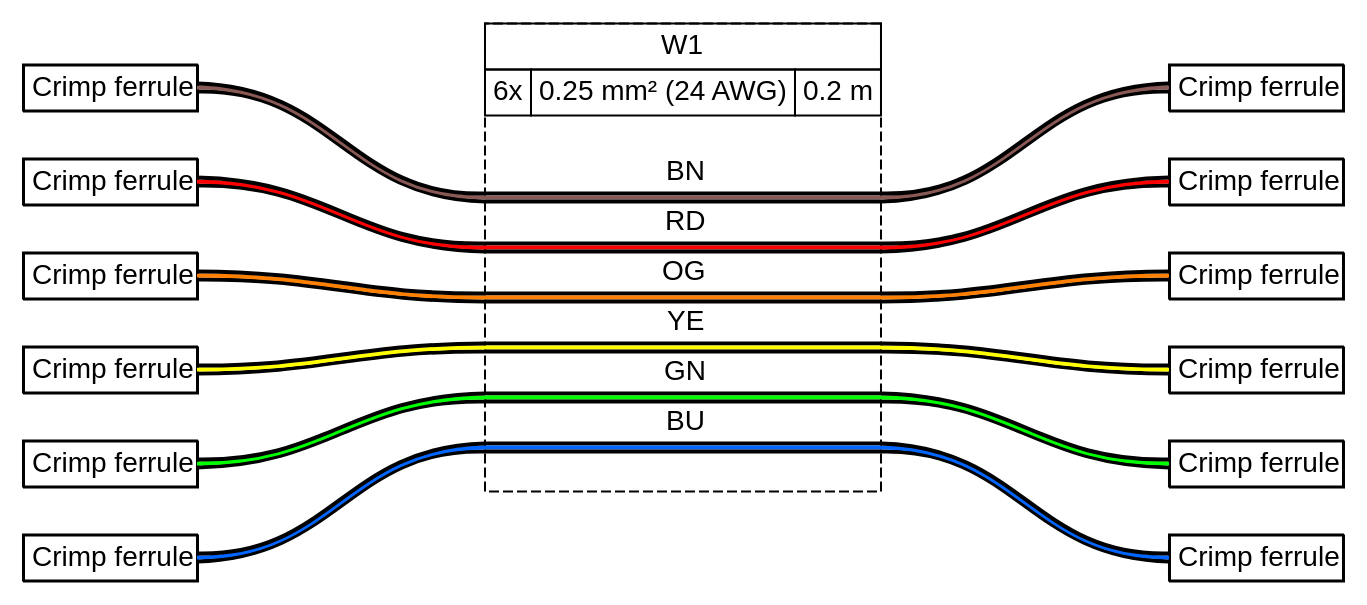
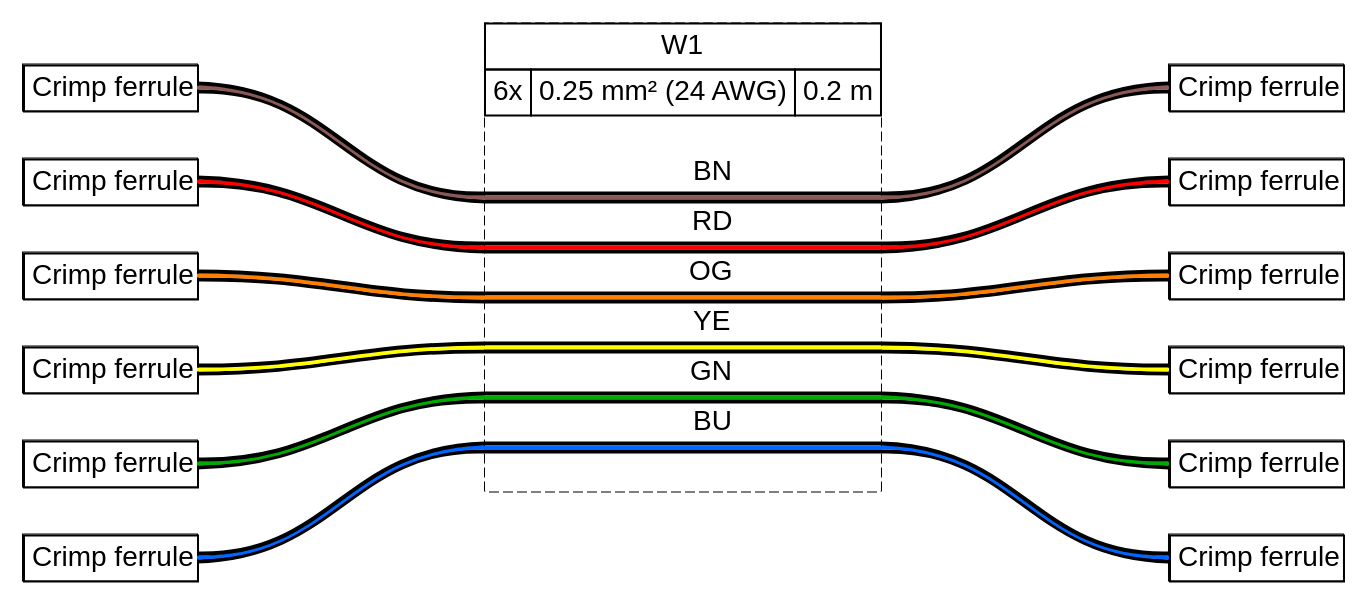
One commit to tobiasfalk/WireViz changed the diagram in examples/ex04.gv. Above: the diagram before and after it, drawn with Graphviz. The commit also changed 121 other files, not shown here.

```diff
--- a/examples/ex04.gv
+++ b/examples/ex04.gv
@@ -1,251 +1,355 @@
 graph {
-// Graph generated by WireViz 0.4-dev
-// https://github.com/formatc1702/WireViz
+// Graph generated by WireViz 0.5-dev+refactor
+// https://github.com/wireviz/WireViz
 	graph [bgcolor="#FFFFFF" fontname=arial nodesep=0.33 rankdir=LR ranksep=2]
 	node [fillcolor="#FFFFFF" fontname=arial height=0 margin=0 shape=none style=filled width=0]
 	edge [fontname=arial style=bold]
 	AUTOGENERATED_F_1 [label=<
-<table border="0" cellspacing="0" cellpadding="0">
- <tr><td>
-  <table border="0" cellspacing="0" cellpadding="3" cellborder="1"><tr>
-   <td balign="left">Crimp ferrule</td>
-  </tr></table>
- </td></tr>
+<table border="0" cellspacing="0" cellpadding="0" port="p1r" bgcolor="#FFFFFF">
+ <tr>
+  <td port="p1l">
+   <table border="0" cellborder="1" cellpadding="3" cellspacing="0">
+    <tr>
+     <td>Crimp ferrule</td>
+    </tr>
+   </table>
+  </td>
+ </tr>
 </table>
-> fillcolor="#FFFFFF" shape=box style=filled]
+> shape=box style=filled]
 	AUTOGENERATED_F_2 [label=<
-<table border="0" cellspacing="0" cellpadding="0">
- <tr><td>
-  <table border="0" cellspacing="0" cellpadding="3" cellborder="1"><tr>
-   <td balign="left">Crimp ferrule</td>
-  </tr></table>
- </td></tr>
+<table border="0" cellspacing="0" cellpadding="0" port="p1r" bgcolor="#FFFFFF">
+ <tr>
+  <td port="p1l">
+   <table border="0" cellborder="1" cellpadding="3" cellspacing="0">
+    <tr>
+     <td>Crimp ferrule</td>
+    </tr>
+   </table>
+  </td>
+ </tr>
 </table>
-> fillcolor="#FFFFFF" shape=box style=filled]
+> shape=box style=filled]
 	AUTOGENERATED_F_3 [label=<
-<table border="0" cellspacing="0" cellpadding="0">
- <tr><td>
-  <table border="0" cellspacing="0" cellpadding="3" cellborder="1"><tr>
-   <td balign="left">Crimp ferrule</td>
-  </tr></table>
- </td></tr>
+<table border="0" cellspacing="0" cellpadding="0" port="p1r" bgcolor="#FFFFFF">
+ <tr>
+  <td port="p1l">
+   <table border="0" cellborder="1" cellpadding="3" cellspacing="0">
+    <tr>
+     <td>Crimp ferrule</td>
+    </tr>
+   </table>
+  </td>
+ </tr>
 </table>
-> fillcolor="#FFFFFF" shape=box style=filled]
+> shape=box style=filled]
 	AUTOGENERATED_F_4 [label=<
-<table border="0" cellspacing="0" cellpadding="0">
- <tr><td>
-  <table border="0" cellspacing="0" cellpadding="3" cellborder="1"><tr>
-   <td balign="left">Crimp ferrule</td>
-  </tr></table>
- </td></tr>
+<table border="0" cellspacing="0" cellpadding="0" port="p1r" bgcolor="#FFFFFF">
+ <tr>
+  <td port="p1l">
+   <table border="0" cellborder="1" cellpadding="3" cellspacing="0">
+    <tr>
+     <td>Crimp ferrule</td>
+    </tr>
+   </table>
+  </td>
+ </tr>
 </table>
-> fillcolor="#FFFFFF" shape=box style=filled]
+> shape=box style=filled]
 	AUTOGENERATED_F_5 [label=<
-<table border="0" cellspacing="0" cellpadding="0">
- <tr><td>
-  <table border="0" cellspacing="0" cellpadding="3" cellborder="1"><tr>
-   <td balign="left">Crimp ferrule</td>
-  </tr></table>
- </td></tr>
+<table border="0" cellspacing="0" cellpadding="0" port="p1r" bgcolor="#FFFFFF">
+ <tr>
+  <td port="p1l">
+   <table border="0" cellborder="1" cellpadding="3" cellspacing="0">
+    <tr>
+     <td>Crimp ferrule</td>
+    </tr>
+   </table>
+  </td>
+ </tr>
 </table>
-> fillcolor="#FFFFFF" shape=box style=filled]
+> shape=box style=filled]
 	AUTOGENERATED_F_6 [label=<
-<table border="0" cellspacing="0" cellpadding="0">
- <tr><td>
-  <table border="0" cellspacing="0" cellpadding="3" cellborder="1"><tr>
-   <td balign="left">Crimp ferrule</td>
-  </tr></table>
- </td></tr>
+<table border="0" cellspacing="0" cellpadding="0" port="p1r" bgcolor="#FFFFFF">
+ <tr>
+  <td port="p1l">
+   <table border="0" cellborder="1" cellpadding="3" cellspacing="0">
+    <tr>
+     <td>Crimp ferrule</td>
+    </tr>
+   </table>
+  </td>
+ </tr>
 </table>
-> fillcolor="#FFFFFF" shape=box style=filled]
+> shape=box style=filled]
 	AUTOGENERATED_F_7 [label=<
-<table border="0" cellspacing="0" cellpadding="0">
- <tr><td>
-  <table border="0" cellspacing="0" cellpadding="3" cellborder="1"><tr>
-   <td balign="left">Crimp ferrule</td>
-  </tr></table>
- </td></tr>
+<table border="0" cellspacing="0" cellpadding="0" port="p1r" bgcolor="#FFFFFF">
+ <tr>
+  <td port="p1l">
+   <table border="0" cellborder="1" cellpadding="3" cellspacing="0">
+    <tr>
+     <td>Crimp ferrule</td>
+    </tr>
+   </table>
+  </td>
+ </tr>
 </table>
-> fillcolor="#FFFFFF" shape=box style=filled]
+> shape=box style=filled]
 	AUTOGENERATED_F_8 [label=<
-<table border="0" cellspacing="0" cellpadding="0">
- <tr><td>
-  <table border="0" cellspacing="0" cellpadding="3" cellborder="1"><tr>
-   <td balign="left">Crimp ferrule</td>
-  </tr></table>
- </td></tr>
+<table border="0" cellspacing="0" cellpadding="0" port="p1r" bgcolor="#FFFFFF">
+ <tr>
+  <td port="p1l">
+   <table border="0" cellborder="1" cellpadding="3" cellspacing="0">
+    <tr>
+     <td>Crimp ferrule</td>
+    </tr>
+   </table>
+  </td>
+ </tr>
 </table>
-> fillcolor="#FFFFFF" shape=box style=filled]
+> shape=box style=filled]
 	AUTOGENERATED_F_9 [label=<
-<table border="0" cellspacing="0" cellpadding="0">
- <tr><td>
-  <table border="0" cellspacing="0" cellpadding="3" cellborder="1"><tr>
-   <td balign="left">Crimp ferrule</td>
-  </tr></table>
- </td></tr>
+<table border="0" cellspacing="0" cellpadding="0" port="p1r" bgcolor="#FFFFFF">
+ <tr>
+  <td port="p1l">
+   <table border="0" cellborder="1" cellpadding="3" cellspacing="0">
+    <tr>
+     <td>Crimp ferrule</td>
+    </tr>
+   </table>
+  </td>
+ </tr>
 </table>
-> fillcolor="#FFFFFF" shape=box style=filled]
+> shape=box style=filled]
 	AUTOGENERATED_F_10 [label=<
-<table border="0" cellspacing="0" cellpadding="0">
- <tr><td>
-  <table border="0" cellspacing="0" cellpadding="3" cellborder="1"><tr>
-   <td balign="left">Crimp ferrule</td>
-  </tr></table>
- </td></tr>
+<table border="0" cellspacing="0" cellpadding="0" port="p1r" bgcolor="#FFFFFF">
+ <tr>
+  <td port="p1l">
+   <table border="0" cellborder="1" cellpadding="3" cellspacing="0">
+    <tr>
+     <td>Crimp ferrule</td>
+    </tr>
+   </table>
+  </td>
+ </tr>
 </table>
-> fillcolor="#FFFFFF" shape=box style=filled]
+> shape=box style=filled]
 	AUTOGENERATED_F_11 [label=<
-<table border="0" cellspacing="0" cellpadding="0">
- <tr><td>
-  <table border="0" cellspacing="0" cellpadding="3" cellborder="1"><tr>
-   <td balign="left">Crimp ferrule</td>
-  </tr></table>
- </td></tr>
+<table border="0" cellspacing="0" cellpadding="0" port="p1r" bgcolor="#FFFFFF">
+ <tr>
+  <td port="p1l">
+   <table border="0" cellborder="1" cellpadding="3" cellspacing="0">
+    <tr>
+     <td>Crimp ferrule</td>
+    </tr>
+   </table>
+  </td>
+ </tr>
 </table>
-> fillcolor="#FFFFFF" shape=box style=filled]
+> shape=box style=filled]
 	AUTOGENERATED_F_12 [label=<
-<table border="0" cellspacing="0" cellpadding="0">
- <tr><td>
-  <table border="0" cellspacing="0" cellpadding="3" cellborder="1"><tr>
-   <td balign="left">Crimp ferrule</td>
-  </tr></table>
- </td></tr>
+<table border="0" cellspacing="0" cellpadding="0" port="p1r" bgcolor="#FFFFFF">
+ <tr>
+  <td port="p1l">
+   <table border="0" cellborder="1" cellpadding="3" cellspacing="0">
+    <tr>
+     <td>Crimp ferrule</td>
+    </tr>
+   </table>
+  </td>
+ </tr>
 </table>
-> fillcolor="#FFFFFF" shape=box style=filled]
+> shape=box style=filled]
+	W1 [label=<
+<table border="0" cellspacing="0" cellpadding="0" bgcolor="#FFFFFF">
+ <tr>
+  <td>
+   <table border="0" cellborder="1" cellpadding="3" cellspacing="0">
+    <tr>
+     <td>W1</td>
+    </tr>
+   </table>
+  </td>
+ </tr>
+ <tr>
+  <td>
+   <table border="0" cellborder="1" cellpadding="3" cellspacing="0">
+    <tr>
+     <td>6x</td>
+     <td>0.25 mm² (24 AWG)</td>
+     <td>0.2 m</td>
+    </tr>
+   </table>
+  </td>
+ </tr>
+ <tr>
+  <td>
+   <table border="0" cellborder="0" cellspacing="0">
+    <tr>
+     <td>&nbsp;</td>
+    </tr>
+    <tr>
+     <td align="left"> </td>
+     <td> </td>
+     <td></td>
+     <td>BN</td>
+     <td> </td>
+     <td align="right"> </td>
+    </tr>
+    <tr>
+     <td border="0" cellspacing="0" cellpadding="0" colspan="6" height="6" port="w1">
+      <table border="0" cellborder="0" cellspacing="0">
+       <tr>
+        <td bgcolor="#000000" border="0" cellpadding="0" colspan="6" height="2"></td>
+       </tr>
+       <tr>
+        <td bgcolor="#895956" border="0" cellpadding="0" colspan="6" height="2"></td>
+       </tr>
+       <tr>
+        <td bgcolor="#000000" border="0" cellpadding="0" colspan="6" height="2"></td>
+       </tr>
+      </table>
+     </td>
+    </tr>
+    <tr>
+     <td align="left"> </td>
+     <td> </td>
+     <td></td>
+     <td>RD</td>
+     <td> </td>
+     <td align="right"> </td>
+    </tr>
+    <tr>
+     <td border="0" cellspacing="0" cellpadding="0" colspan="6" height="6" port="w2">
+      <table border="0" cellborder="0" cellspacing="0">
+       <tr>
+        <td bgcolor="#000000" border="0" cellpadding="0" colspan="6" height="2"></td>
+       </tr>
+       <tr>
+        <td bgcolor="#FF0000" border="0" cellpadding="0" colspan="6" height="2"></td>
+       </tr>
+       <tr>
+        <td bgcolor="#000000" border="0" cellpadding="0" colspan="6" height="2"></td>
+       </tr>
+      </table>
+     </td>
+    </tr>
+    <tr>
+     <td align="left"> </td>
+     <td> </td>
+     <td></td>
+     <td>OG</td>
+     <td> </td>
+     <td align="right"> </td>
+    </tr>
+    <tr>
+     <td border="0" cellspacing="0" cellpadding="0" colspan="6" height="6" port="w3">
+      <table border="0" cellborder="0" cellspacing="0">
+       <tr>
+        <td bgcolor="#000000" border="0" cellpadding="0" colspan="6" height="2"></td>
+       </tr>
+       <tr>
+        <td bgcolor="#FF8000" border="0" cellpadding="0" colspan="6" height="2"></td>
+       </tr>
+       <tr>
+        <td bgcolor="#000000" border="0" cellpadding="0" colspan="6" height="2"></td>
+       </tr>
+      </table>
+     </td>
+    </tr>
+    <tr>
+     <td align="left"> </td>
+     <td> </td>
+     <td></td>
+     <td>YE</td>
+     <td> </td>
+     <td align="right"> </td>
+    </tr>
+    <tr>
+     <td border="0" cellspacing="0" cellpadding="0" colspan="6" height="6" port="w4">
+      <table border="0" cellborder="0" cellspacing="0">
+       <tr>
+        <td bgcolor="#000000" border="0" cellpadding="0" colspan="6" height="2"></td>
+       </tr>
+       <tr>
+        <td bgcolor="#FFFF00" border="0" cellpadding="0" colspan="6" height="2"></td>
+       </tr>
+       <tr>
+        <td bgcolor="#000000" border="0" cellpadding="0" colspan="6" height="2"></td>
+       </tr>
+      </table>
+     </td>
+    </tr>
+    <tr>
+     <td align="left"> </td>
+     <td> </td>
+     <td></td>
+     <td>GN</td>
+     <td> </td>
+     <td align="right"> </td>
+    </tr>
+    <tr>
+     <td border="0" cellspacing="0" cellpadding="0" colspan="6" height="6" port="w5">
+      <table border="0" cellborder="0" cellspacing="0">
+       <tr>
+        <td bgcolor="#000000" border="0" cellpadding="0" colspan="6" height="2"></td>
+       </tr>
+       <tr>
+        <td bgcolor="#00AA00" border="0" cellpadding="0" colspan="6" height="2"></td>
+       </tr>
+       <tr>
+        <td bgcolor="#000000" border="0" cellpadding="0" colspan="6" height="2"></td>
+       </tr>
+      </table>
+     </td>
+    </tr>
+    <tr>
+     <td align="left"> </td>
+     <td> </td>
+     <td></td>
+     <td>BU</td>
+     <td> </td>
+     <td align="right"> </td>
+    </tr>
+    <tr>
+     <td border="0" cellspacing="0" cellpadding="0" colspan="6" height="6" port="w6">
+      <table border="0" cellborder="0" cellspacing="0">
+       <tr>
+        <td bgcolor="#000000" border="0" cellpadding="0" colspan="6" height="2"></td>
+       </tr>
+       <tr>
+        <td bgcolor="#0066FF" border="0" cellpadding="0" colspan="6" height="2"></td>
+       </tr>
+       <tr>
+        <td bgcolor="#000000" border="0" cellpadding="0" colspan="6" height="2"></td>
+       </tr>
+      </table>
+     </td>
+    </tr>
+    <tr>
+     <td>&nbsp;</td>
+    </tr>
+   </table>
+  </td>
+ </tr>
+</table>
+> shape=box style="filled,dashed"]
 	edge [color="#000000:#895956:#000000"]
 	AUTOGENERATED_F_1:e -- W1:w1:w
 	W1:w1:e -- AUTOGENERATED_F_7:w
-	edge [color="#000000:#ff0000:#000000"]
+	edge [color="#000000:#FF0000:#000000"]
 	AUTOGENERATED_F_2:e -- W1:w2:w
 	W1:w2:e -- AUTOGENERATED_F_8:w
-	edge [color="#000000:#ff8000:#000000"]
+	edge [color="#000000:#FF8000:#000000"]
 	AUTOGENERATED_F_3:e -- W1:w3:w
 	W1:w3:e -- AUTOGENERATED_F_9:w
-	edge [color="#000000:#ffff00:#000000"]
+	edge [color="#000000:#FFFF00:#000000"]
 	AUTOGENERATED_F_4:e -- W1:w4:w
 	W1:w4:e -- AUTOGENERATED_F_10:w
-	edge [color="#000000:#00ff00:#000000"]
+	edge [color="#000000:#00AA00:#000000"]
 	AUTOGENERATED_F_5:e -- W1:w5:w
 	W1:w5:e -- AUTOGENERATED_F_11:w
-	edge [color="#000000:#0066ff:#000000"]
+	edge [color="#000000:#0066FF:#000000"]
 	AUTOGENERATED_F_6:e -- W1:w6:w
 	W1:w6:e -- AUTOGENERATED_F_12:w
-	W1 [label=<
-<table border="0" cellspacing="0" cellpadding="0">
- <tr><td>
-  <table border="0" cellspacing="0" cellpadding="3" cellborder="1"><tr>
-   <td balign="left">W1</td>
-  </tr></table>
- </td></tr>
- <tr><td>
-  <table border="0" cellspacing="0" cellpadding="3" cellborder="1"><tr>
-   <td balign="left">6x</td>
-   <td balign="left">0.25 mm² (24 AWG)</td>
-   <td balign="left">0.2 m</td>
-  </tr></table>
- </td></tr>
- <tr><td>
-  <table border="0" cellspacing="0" cellborder="0">
-   <tr><td>&nbsp;</td></tr>
-   <tr>
-    <td></td>
-    <td>
-     BN
-    </td>
-    <td></td>
-   </tr>
-   <tr>
-    <td colspan="3" border="0" cellspacing="0" cellpadding="0" port="w1" height="6">
-     <table cellspacing="0" cellborder="0" border="0">
-      <tr><td colspan="3" cellpadding="0" height="2" bgcolor="#000000" border="0"></td></tr>
-      <tr><td colspan="3" cellpadding="0" height="2" bgcolor="#895956" border="0"></td></tr>
-      <tr><td colspan="3" cellpadding="0" height="2" bgcolor="#000000" border="0"></td></tr>
-     </table>
-    </td>
-   </tr>
-   <tr>
-    <td></td>
-    <td>
-     RD
-    </td>
-    <td></td>
-   </tr>
-   <tr>
-    <td colspan="3" border="0" cellspacing="0" cellpadding="0" port="w2" height="6">
-     <table cellspacing="0" cellborder="0" border="0">
-      <tr><td colspan="3" cellpadding="0" height="2" bgcolor="#000000" border="0"></td></tr>
-      <tr><td colspan="3" cellpadding="0" height="2" bgcolor="#ff0000" border="0"></td></tr>
-      <tr><td colspan="3" cellpadding="0" height="2" bgcolor="#000000" border="0"></td></tr>
-     </table>
-    </td>
-   </tr>
-   <tr>
-    <td></td>
-    <td>
-     OG
-    </td>
-    <td></td>
-   </tr>
-   <tr>
-    <td colspan="3" border="0" cellspacing="0" cellpadding="0" port="w3" height="6">
-     <table cellspacing="0" cellborder="0" border="0">
-      <tr><td colspan="3" cellpadding="0" height="2" bgcolor="#000000" border="0"></td></tr>
-      <tr><td colspan="3" cellpadding="0" height="2" bgcolor="#ff8000" border="0"></td></tr>
-      <tr><td colspan="3" cellpadding="0" height="2" bgcolor="#000000" border="0"></td></tr>
-     </table>
-    </td>
-   </tr>
-   <tr>
-    <td></td>
-    <td>
-     YE
-    </td>
-    <td></td>
-   </tr>
-   <tr>
-    <td colspan="3" border="0" cellspacing="0" cellpadding="0" port="w4" height="6">
-     <table cellspacing="0" cellborder="0" border="0">
-      <tr><td colspan="3" cellpadding="0" height="2" bgcolor="#000000" border="0"></td></tr>
-      <tr><td colspan="3" cellpadding="0" height="2" bgcolor="#ffff00" border="0"></td></tr>
-      <tr><td colspan="3" cellpadding="0" height="2" bgcolor="#000000" border="0"></td></tr>
-     </table>
-    </td>
-   </tr>
-   <tr>
-    <td></td>
-    <td>
-     GN
-    </td>
-    <td></td>
-   </tr>
-   <tr>
-    <td colspan="3" border="0" cellspacing="0" cellpadding="0" port="w5" height="6">
-     <table cellspacing="0" cellborder="0" border="0">
-      <tr><td colspan="3" cellpadding="0" height="2" bgcolor="#000000" border="0"></td></tr>
-      <tr><td colspan="3" cellpadding="0" height="2" bgcolor="#00ff00" border="0"></td></tr>
-      <tr><td colspan="3" cellpadding="0" height="2" bgcolor="#000000" border="0"></td></tr>
-     </table>
-    </td>
-   </tr>
-   <tr>
-    <td></td>
-    <td>
-     BU
-    </td>
-    <td></td>
-   </tr>
-   <tr>
-    <td colspan="3" border="0" cellspacing="0" cellpadding="0" port="w6" height="6">
-     <table cellspacing="0" cellborder="0" border="0">
-      <tr><td colspan="3" cellpadding="0" height="2" bgcolor="#000000" border="0"></td></tr>
-      <tr><td colspan="3" cellpadding="0" height="2" bgcolor="#0066ff" border="0"></td></tr>
-      <tr><td colspan="3" cellpadding="0" height="2" bgcolor="#000000" border="0"></td></tr>
-     </table>
-    </td>
-   </tr>
-   <tr><td>&nbsp;</td></tr>
-  </table>
- </td></tr>
-</table>
-> fillcolor="#FFFFFF" shape=box style="filled,dashed"]
 }
```
